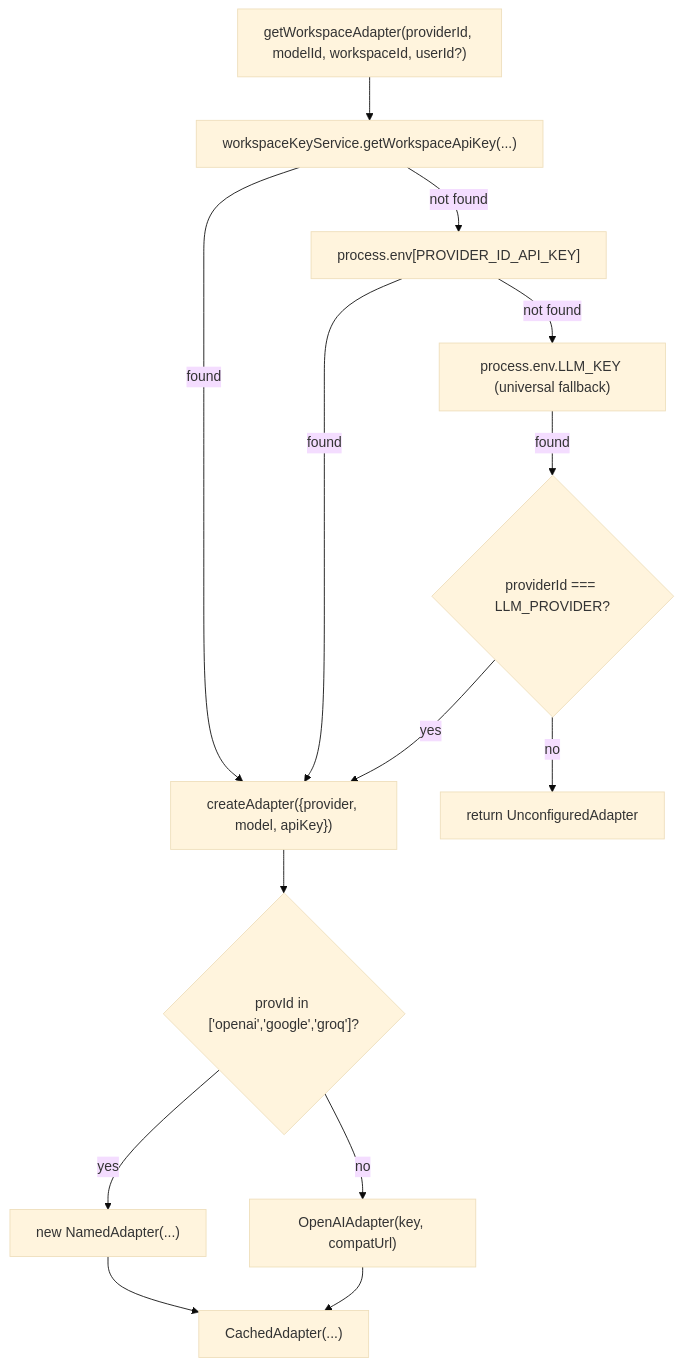
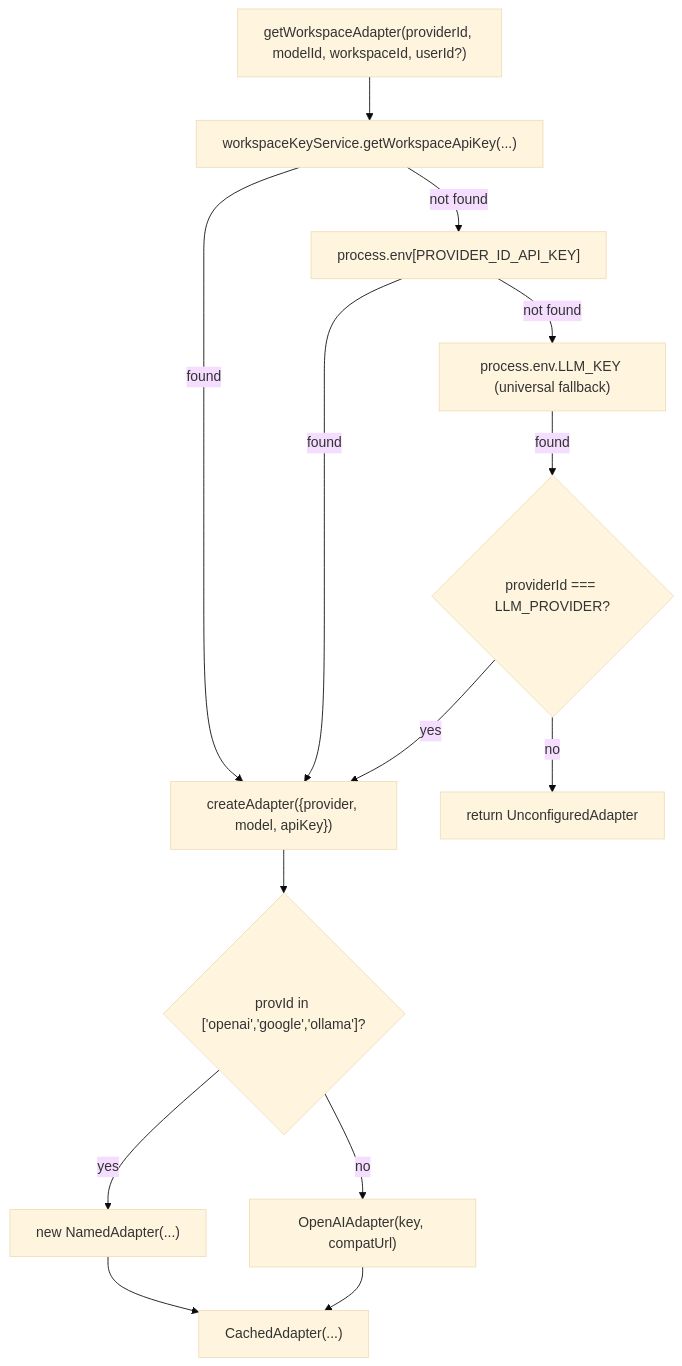
Before and after one commit to shekhargiri005-dotcom/AI-powered-accessibility-first-UI-engine: the seventh of 9 diagrams in .qoder/repowiki/en/content/AI Generation Engine/AI Provider Adapters/AI Provider Adapters.md, drawn with Mermaid (base theme). The commit also changed other lines of this file and 24 other files, not shown here.

````diff
--- a/.qoder/repowiki/en/content/AI Generation Engine/AI Provider Adapters/AI Provider Adapters.md
+++ b/.qoder/repowiki/en/content/AI Generation Engine/AI Provider Adapters/AI Provider Adapters.md
@@ -260,16 +290,16 @@
 ```mermaid
 flowchart TD
 A["getWorkspaceAdapter(providerId, modelId, workspaceId, userId?)"] --> B["workspaceKeyService.getWorkspaceApiKey(...)"]
 B --> |found| C["createAdapter({provider, model, apiKey})"]
 B --> |not found| D["process.env[PROVIDER_ID_API_KEY]"]
 D --> |found| C
 D --> |not found| E["process.env.LLM_KEY (universal fallback)"]
 E --> |found| F{"providerId === LLM_PROVIDER?"}
 F --> |yes| C
 F --> |no| I["return UnconfiguredAdapter"]
-C --> J{"provId in ['openai','google','groq']?"}
+C --> J{"provId in ['openai','google','ollama']?"}
 J --> |yes| K["new NamedAdapter(...)"]
 J --> |no| L["OpenAIAdapter(key, compatUrl)"]
 K --> M["CachedAdapter(...)"]
 L --> M
 ```
````
